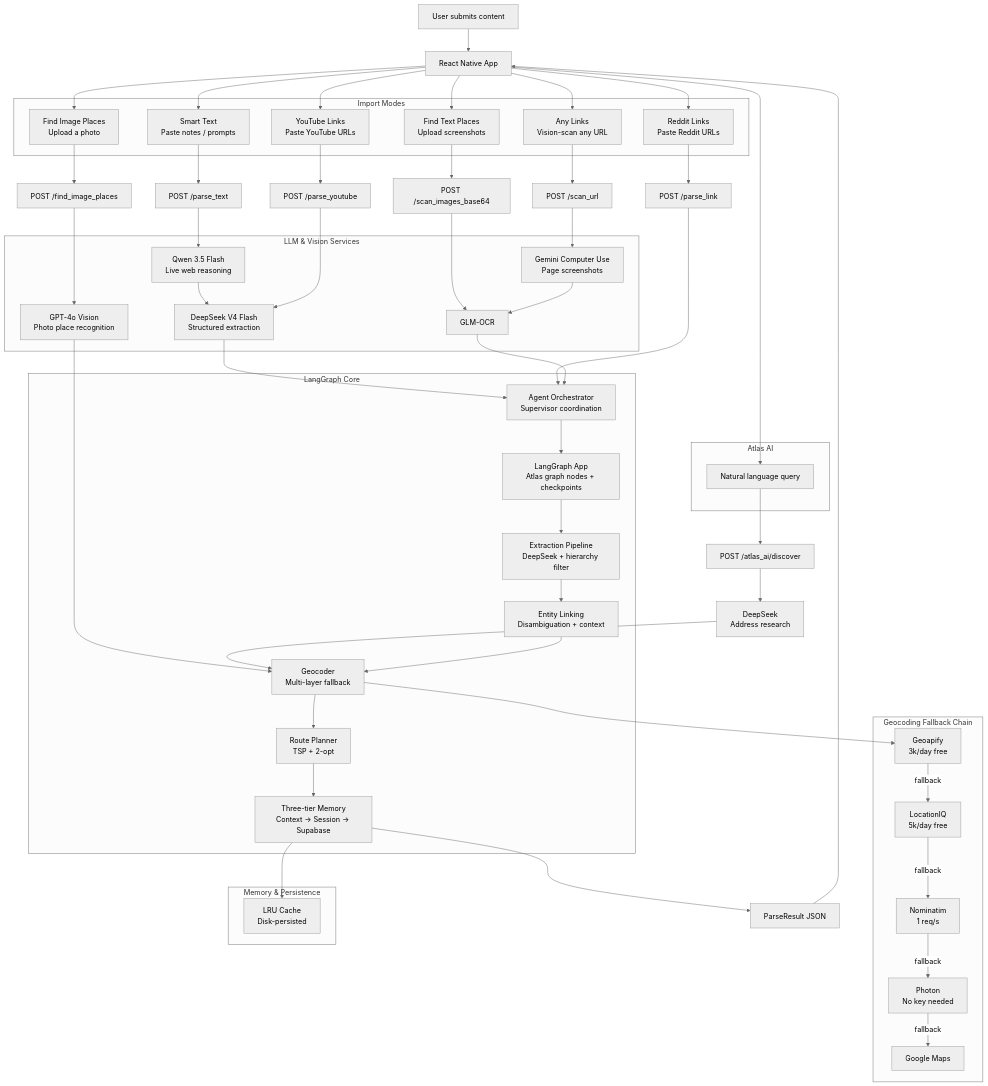
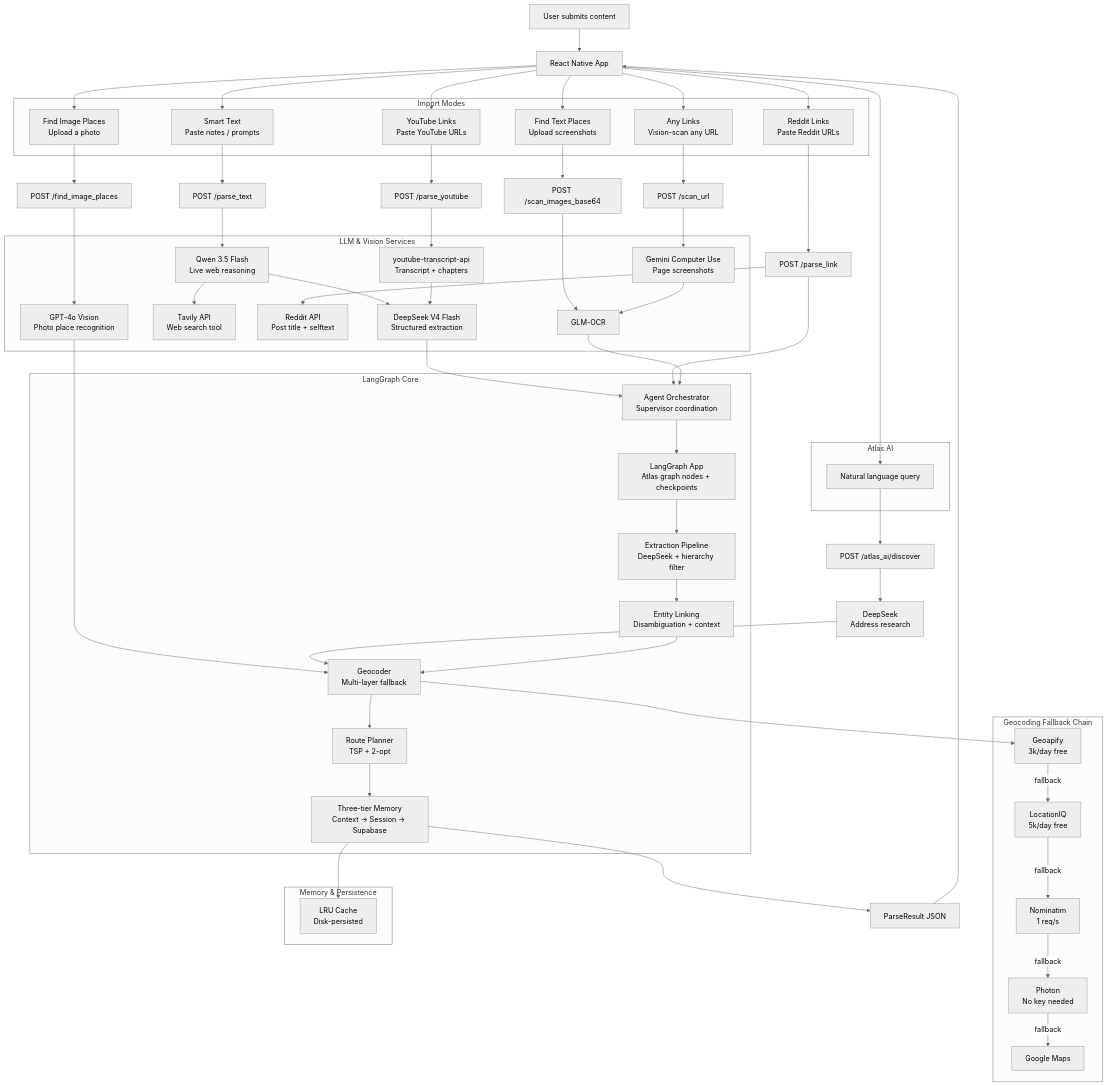
The first of 9 diagrams in README.md (zjwang168/atlas-mobile), drawn with Mermaid (neutral theme) before and after one commit. The commit also changed other lines of this file and 4 other files, not shown here.

```diff
--- a/README.md
+++ b/README.md
@@ -48,6 +48,9 @@
     subgraph "LLM & Vision Services"
         QW[Qwen 3.5 Flash<br/>Live web reasoning]
         DS[DeepSeek V4 Flash<br/>Structured extraction]
+        TV[Tavily API<br/>Web search tool]
+        YTAPI[youtube-transcript-api<br/>Transcript + chapters]
+        RED[Reddit API<br/>Post title + selftext]
         GCU[Gemini Computer Use<br/>Page screenshots]
         OCR[GLM-OCR]
         GPT4O[GPT-4o Vision<br/>Photo place recognition]
@@ -65,6 +68,7 @@
 
     PT --> QW
     QW --> DS
+    QW --> TV
     DS --> ORCH
     PL --> ORCH
 
@@ -73,7 +77,9 @@
     GCU --> OCR
     OCR --> ORCH
 
-    YP --> DS
+    YP --> YTAPI
+    YTAPI --> DS
+    PL --> RED
     FP --> GPT4O
     GPT4O --> GEO
 
```
